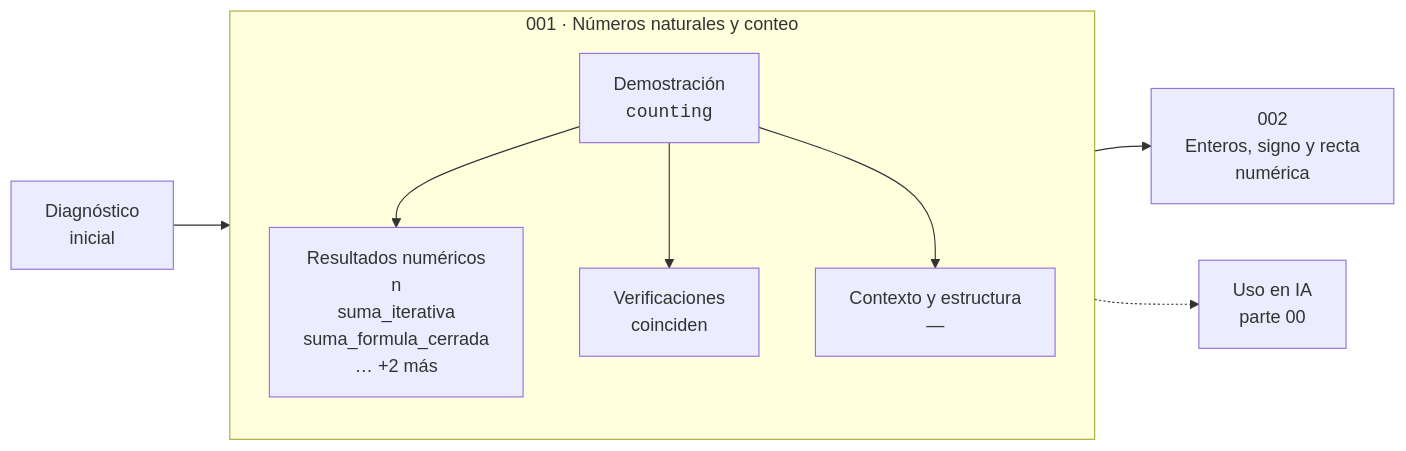
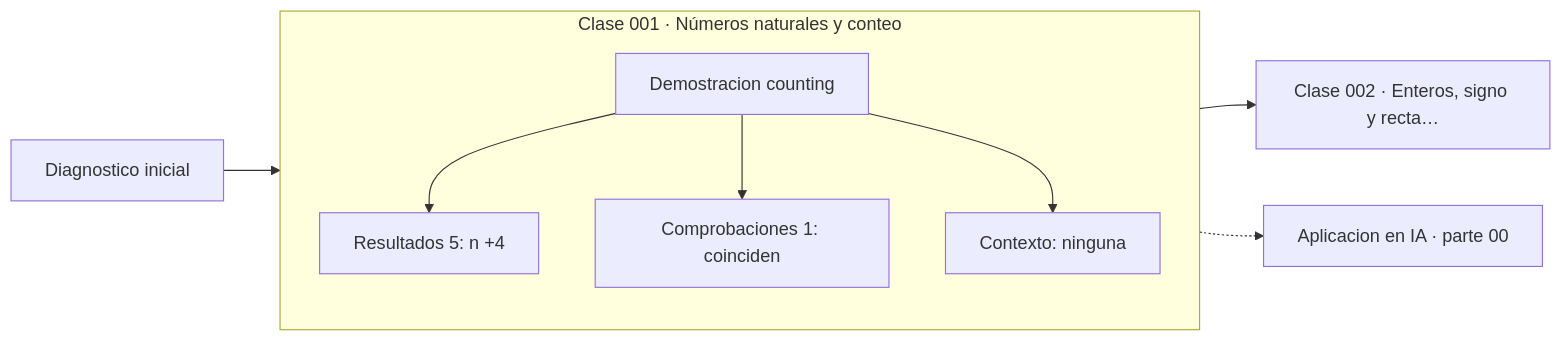
The diagram in classes/part-00-pensamiento-matematico-desde-cero/001-numeros-naturales-y-conteo/README.md (vladimiracunadev-create/computational-mathematics-program), drawn with Mermaid before and after one commit. The commit also changed 389 other files, not shown here.

First line of the commit message:
fix(diagramas): elimina el HTML de las etiquetas Mermaid

````diff
--- a/classes/part-00-pensamiento-matematico-desde-cero/001-numeros-naturales-y-conteo/README.md
+++ b/classes/part-00-pensamiento-matematico-desde-cero/001-numeros-naturales-y-conteo/README.md
@@ -35,12 +35,13 @@
 ```mermaid
 flowchart LR
-    P["Diagnóstico<br/>inicial"] --> C
-    subgraph C["001 · Números naturales y conteo"]
+    P["Diagnostico inicial"] --> D
+    subgraph CLASE["Clase 001 · Números naturales y conteo"]
         direction TB
-        D["Demostración<br/><code>counting</code>"] --> R["Resultados numéricos<br/>n<br/>suma_iterativa<br/>suma_formula_cerrada<br/>… +2 más"]
-        D --> V["Verificaciones<br/>coinciden"]
-        D --> O["Contexto y estructura<br/>—"]
+        D["Demostracion counting"]
+        D --> R["Resultados 5: n +4"]
+        D --> V["Comprobaciones 1: coinciden"]
+        D --> O["Contexto: ninguna"]
     end
-    C --> N["002<br/>Enteros, signo y recta<br/>numérica"]
-    C -.-> IA["Uso en IA<br/>parte 00"]
+    R --> N["Clase 002 · Enteros, signo y recta…"]
+    V -.-> IA["Aplicacion en IA · parte 00"]
 ```
````
